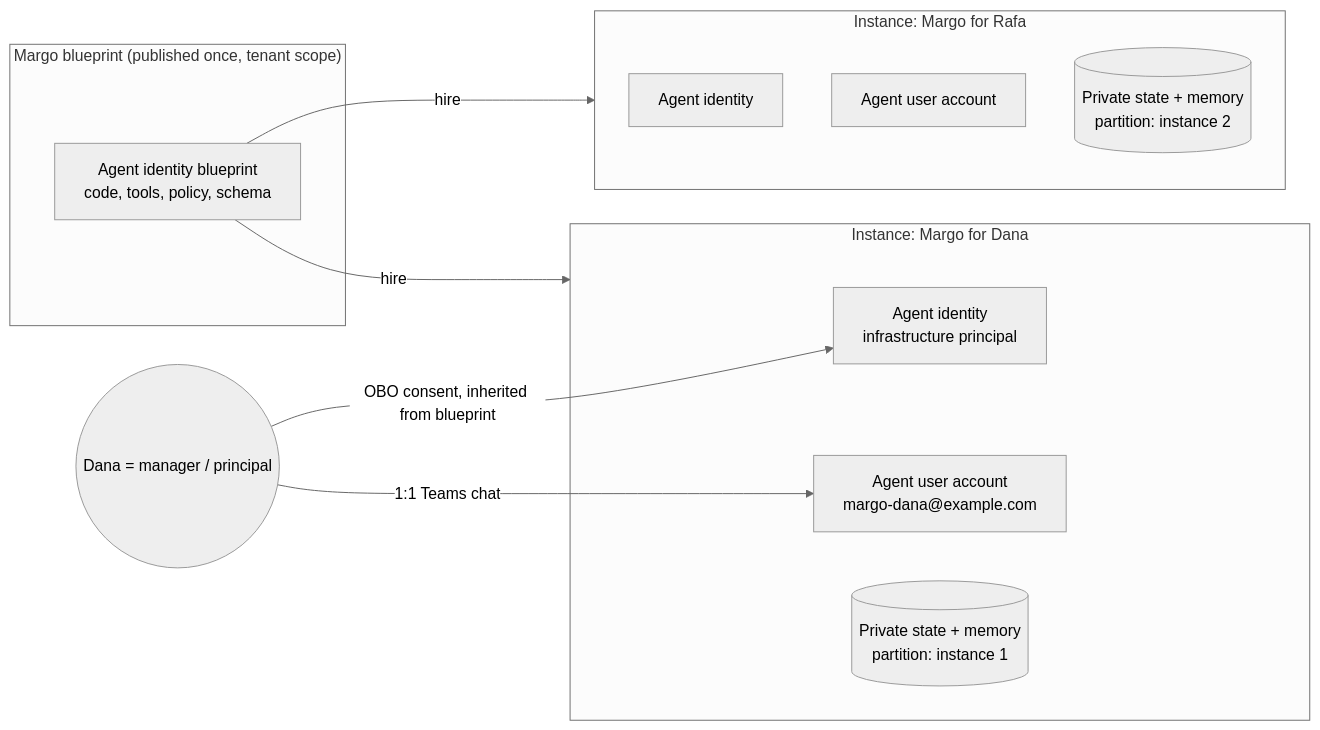
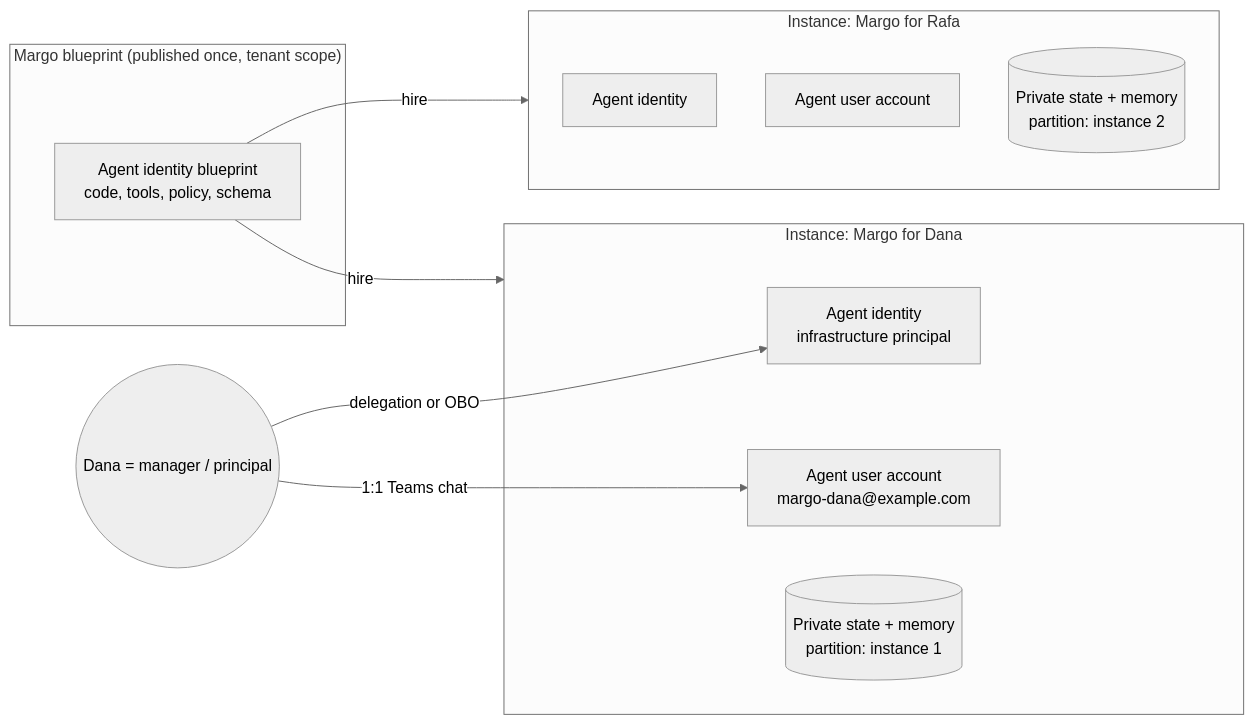
The diagram in docs/autopilot.md (tolgaki/margo), drawn with Mermaid (neutral theme) before and after one commit. The commit also changed other lines of this file and 62 other files, not shown here.

````diff
--- a/docs/autopilot.md
+++ b/docs/autopilot.md
@@ -68,20 +70,20 @@
 ```mermaid
 flowchart LR
   subgraph Blueprint["Margo blueprint (published once, tenant scope)"]
     BP[Agent identity blueprint<br/>code, tools, policy, schema]
   end
   BP -->|hire| I1
   BP -->|hire| I2
   subgraph I1["Instance: Margo for Dana"]
     AI1[Agent identity<br/>infrastructure principal]
     AU1[Agent user account<br/>margo-dana@example.com]
     M1[(Private state + memory<br/>partition: instance 1)]
   end
   subgraph I2["Instance: Margo for Rafa"]
     AI2[Agent identity]
     AU2[Agent user account]
     M2[(Private state + memory<br/>partition: instance 2)]
   end
-  Dana((Dana = manager / principal)) -- OBO consent, inherited from blueprint --> AI1
+  Dana((Dana = manager / principal)) -- delegation or OBO --> AI1
   Dana -- 1:1 Teams chat --> AU1
 ```
````
